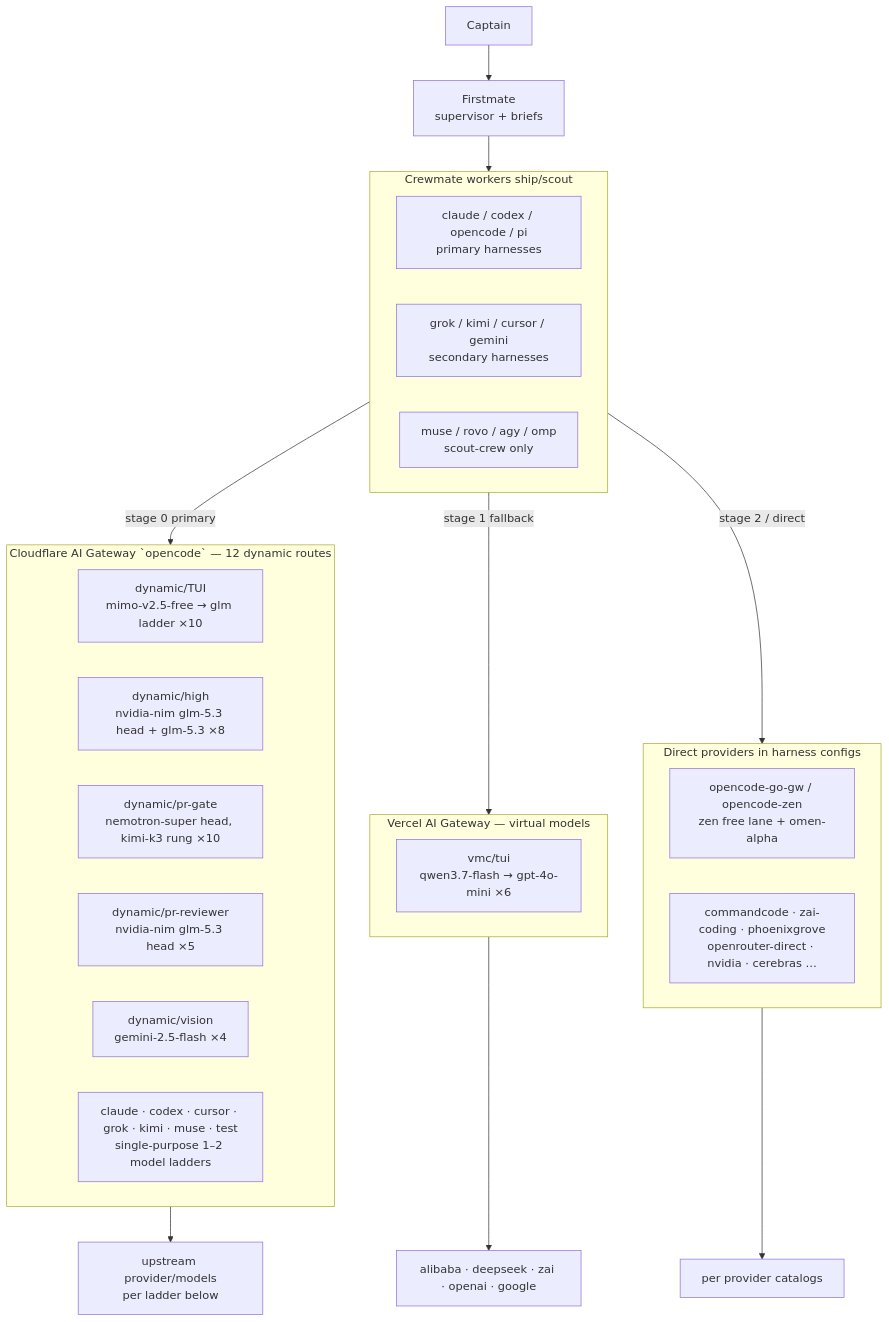
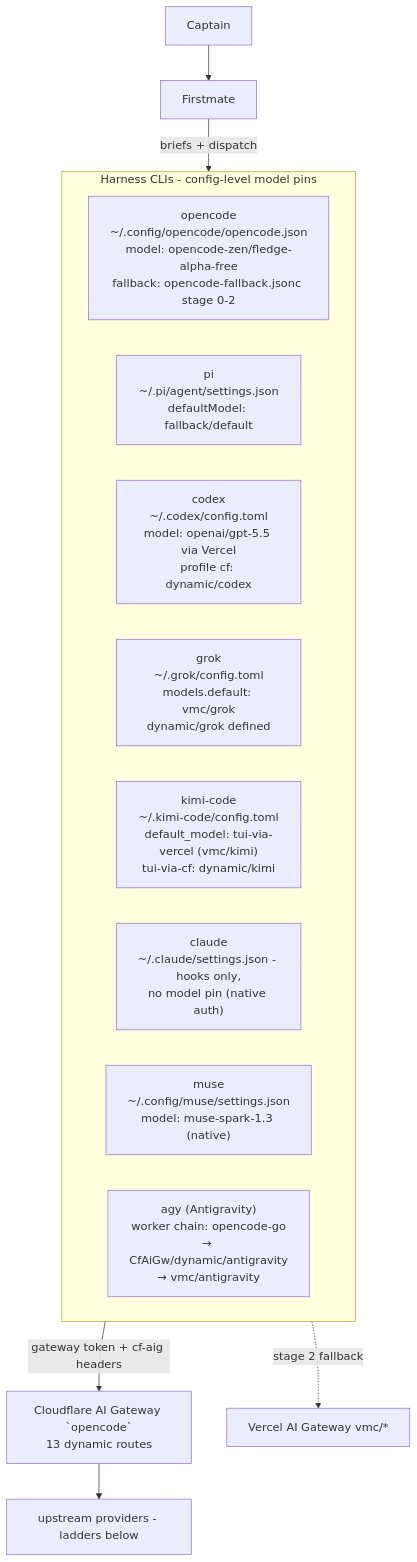
Before and after one commit to phillias/dotfiles: the first of 17 diagrams in dot_agents/skills/provider-catalog/references/ROUTING_TOPOLOGY.md, drawn with Mermaid. The commit also changed other lines of this file and 4 other files, not shown here.

First line of the commit message:
feat(routing): re-home zen out of TUI route; pr-gate GLM head; mermaid topology

````diff
--- a/dot_agents/skills/provider-catalog/references/ROUTING_TOPOLOGY.md
+++ b/dot_agents/skills/provider-catalog/references/ROUTING_TOPOLOGY.md
@@ -12,33 +38,18 @@
 ```mermaid
 flowchart TD
-    captain[Captain]
-    fm[Firstmate<br/>supervisor + briefs]
-    captain --> fm
-    subgraph crew[Crewmate workers ship/scout]
-        h1[claude / codex / opencode / pi<br/>primary harnesses]
-        h2[grok / kimi / cursor / gemini<br/>secondary harnesses]
-        h3[muse / rovo / agy / omp<br/>scout-crew only]
+    captain[Captain] --> fm[Firstmate]
+    fm -->|briefs + dispatch| harnesses
+    subgraph harnesses[Harness CLIs - config-level model pins]
+        OC["opencode<br/>~/.config/opencode/opencode.json<br/>model: opencode-zen/fledge-alpha-free<br/>fallback: opencode-fallback.jsonc stage 0-2"]
+        PI["pi<br/>~/.pi/agent/settings.json<br/>defaultModel: fallback/default"]
+        CX["codex<br/>~/.codex/config.toml<br/>model: openai/gpt-5.5 via Vercel<br/>profile cf: dynamic/codex"]
+        GR["grok<br/>~/.grok/config.toml<br/>models.default: vmc/grok<br/>dynamic/grok defined"]
+        KM["kimi-code<br/>~/.kimi-code/config.toml<br/>default_model: tui-via-vercel (vmc/kimi)<br/>tui-via-cf: dynamic/kimi"]
+        CL["claude<br/>~/.claude/settings.json - hooks only,<br/>no model pin (native auth)"]
+        MU["muse<br/>~/.config/muse/settings.json<br/>model: muse-spark-1.3 (native)"]
+        AGY["agy (Antigravity)<br/>worker chain: opencode-go<br/>→ CfAiGw/dynamic/antigravity<br/>→ vmc/antigravity"]
     end
-    fm --> crew
-    subgraph cf[Cloudflare AI Gateway `opencode` — 12 dynamic routes]
-        TUI["dynamic/TUI<br/>mimo-v2.5-free → glm ladder ×10"]
-        HIGH["dynamic/high<br/>nvidia-nim glm-5.3 head + glm-5.3 ×8"]
-        GATE["dynamic/pr-gate<br/>nemotron-super head, kimi-k3 rung ×10"]
-        REV["dynamic/pr-reviewer<br/>nvidia-nim glm-5.3 head ×5"]
-        VIS["dynamic/vision<br/>gemini-2.5-flash ×4"]
-        PERH["claude · codex · cursor · grok · kimi · muse · test<br/>single-purpose 1–2 model ladders"]
-    end
-    subgraph vg[Vercel AI Gateway — virtual models]
-        VTUI["vmc/tui<br/>qwen3.7-flash → gpt-4o-mini ×6"]
-    end
-    subgraph direct[Direct providers in harness configs]
-        OG[opencode-go-gw / opencode-zen<br/>zen free lane + omen-alpha]
-        OTHERS[commandcode · zai-coding · phoenixgrove<br/>openrouter-direct · nvidia · cerebras …]
-    end
-    crew -->|stage 0 primary| cf
-    crew -->|stage 1 fallback| vg
-    crew -->|stage 2 / direct| direct
-    cf --> models1[upstream provider/models<br/>per ladder below]
-    vg --> models2[alibaba · deepseek · zai · openai · google]
-    direct --> models3[per provider catalogs]
+    harnesses -->|gateway token + cf-aig headers| GW["Cloudflare AI Gateway `opencode`<br/>13 dynamic routes"]
+    GW --> models[upstream providers - ladders below]
+    harnesses -.->|stage 2 fallback| VG[Vercel AI Gateway vmc/*]
 ```
````
